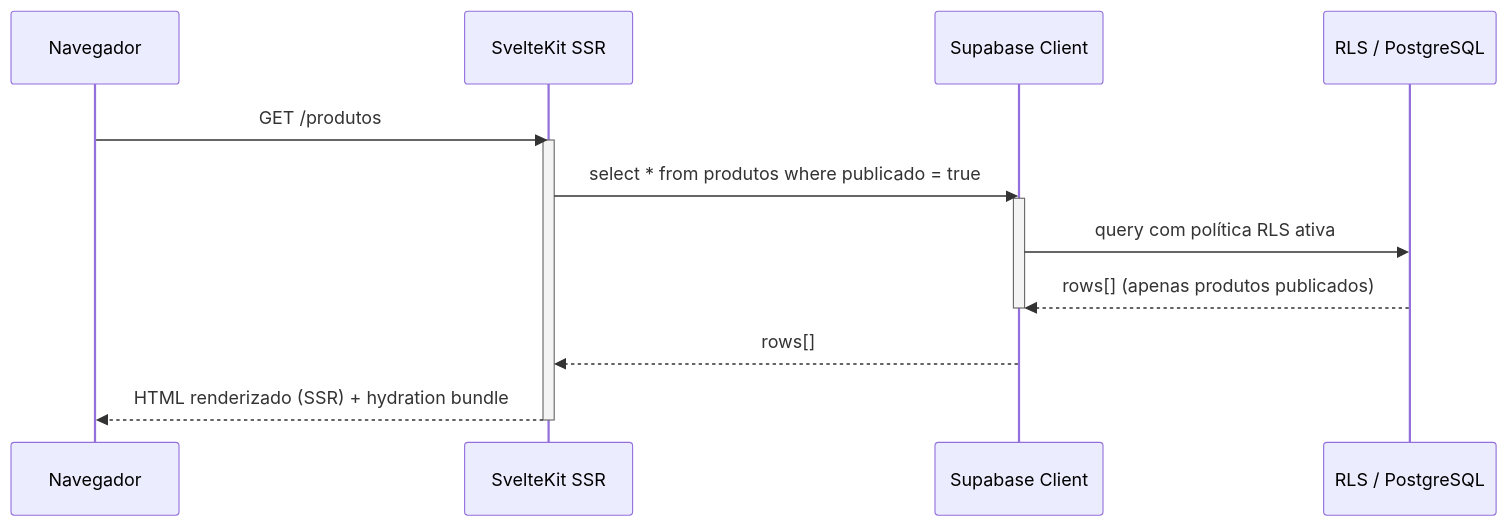
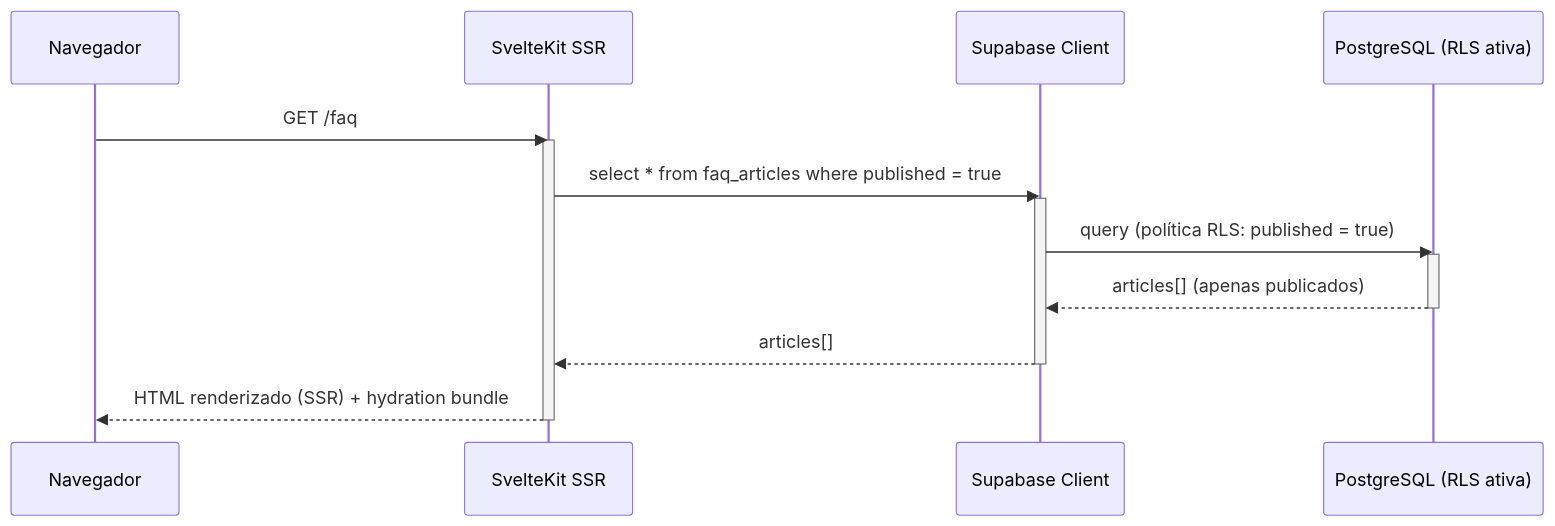
Before and after one commit to Bappoz/CrianexHub: the third of 6 diagrams in gh-pages/docs/arquitetura/index.md, drawn with Mermaid. The commit also changed other lines of this file and 3 other files, not shown here.

Commit message:
refactor: update architecture diagrams and enhance requirements engineering activities description

````diff
--- a/gh-pages/docs/arquitetura/index.md
+++ b/gh-pages/docs/arquitetura/index.md
@@ -97,18 +129,20 @@
 ```mermaid
 sequenceDiagram
     participant Nav as Navegador
     participant SK as SvelteKit SSR
     participant SC as Supabase Client
-    participant RLS as RLS / PostgreSQL
+    participant PG as PostgreSQL (RLS ativa)
 
-    Nav->>SK: GET /produtos
+    Nav->>SK: GET /faq
     activate SK
-    SK->>SC: select * from produtos where publicado = true
+    SK->>SC: select * from faq_articles where published = true
     activate SC
-    SC->>RLS: query com política RLS ativa
-    RLS-->>SC: rows[] (apenas produtos publicados)
+    SC->>PG: query (política RLS: published = true)
+    activate PG
+    PG-->>SC: articles[] (apenas publicados)
+    deactivate PG
+    SC-->>SK: articles[]
     deactivate SC
-    SC-->>SK: rows[]
     SK-->>Nav: HTML renderizado (SSR) + hydration bundle
     deactivate SK
 ```
````
